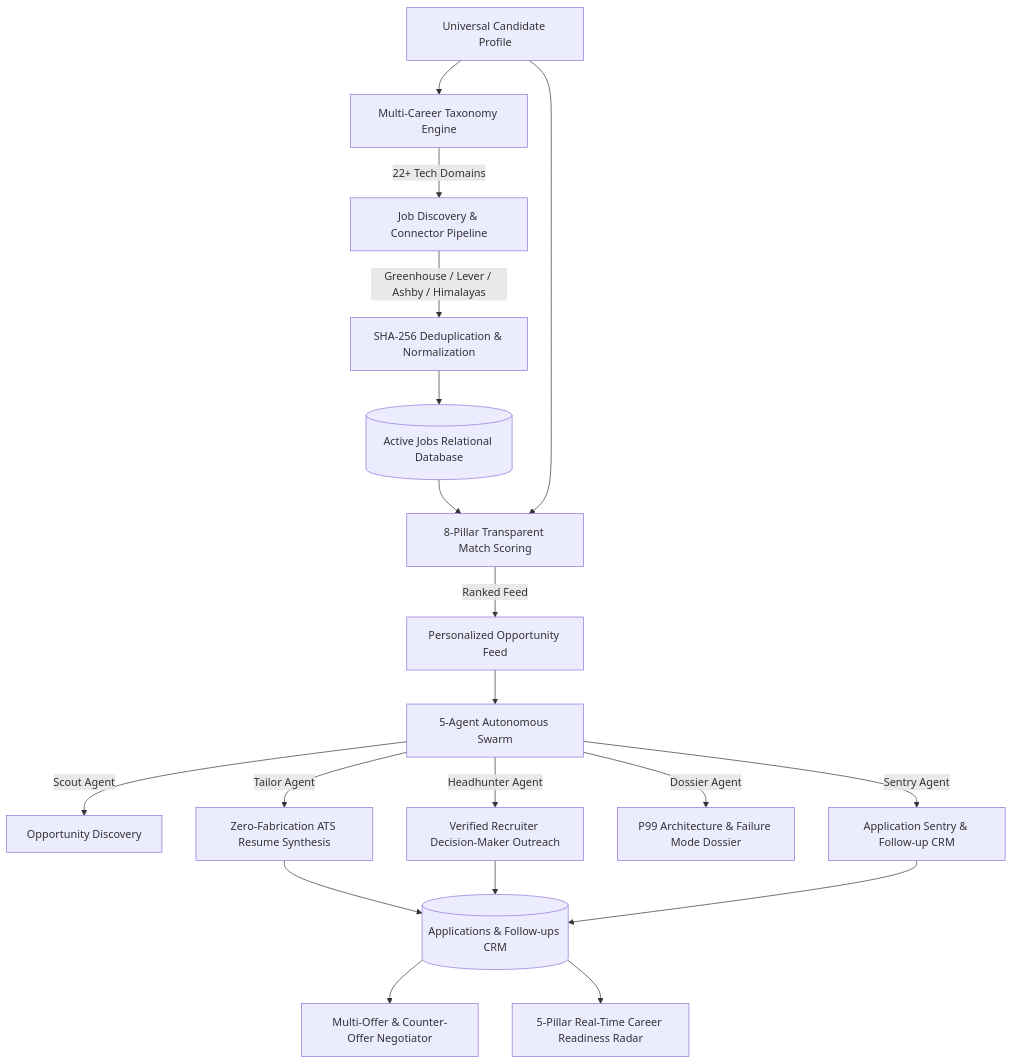
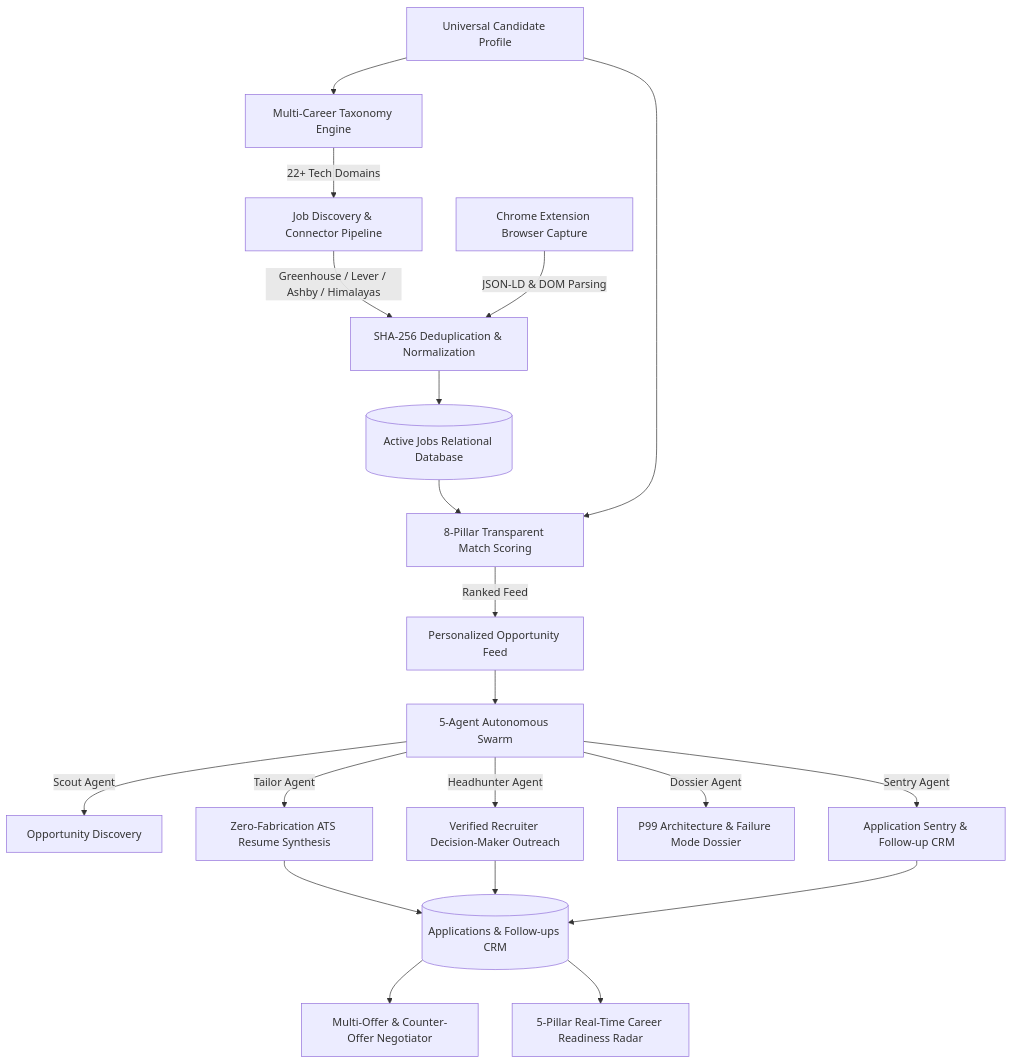
The diagram in README.md (KesavaAI/Agentic-Career-OS), drawn with Mermaid before and after one commit. The commit also changed other lines of this file, not shown here.

Commit message:
docs: Update README.md with Prompt 11 Manifest V3 Chrome Extension architecture and complete system documentation

````diff
--- a/README.md
+++ b/README.md
@@ -47,18 +50,19 @@
 ```mermaid
 graph TD
     A[Universal Candidate Profile] --> B[Multi-Career Taxonomy Engine]
     B -->|22+ Tech Domains| C[Job Discovery & Connector Pipeline]
     C -->|Greenhouse / Lever / Ashby / Himalayas| D[SHA-256 Deduplication & Normalization]
+    CH[Chrome Extension Browser Capture] -->|JSON-LD & DOM Parsing| D
     D --> E[(Active Jobs Relational Database)]
     E & A --> F[8-Pillar Transparent Match Scoring]
     F -->|Ranked Feed| G[Personalized Opportunity Feed]
     G --> H[5-Agent Autonomous Swarm]
     H -->|Scout Agent| I[Opportunity Discovery]
     H -->|Tailor Agent| J[Zero-Fabrication ATS Resume Synthesis]
     H -->|Headhunter Agent| K[Verified Recruiter Decision-Maker Outreach]
     H -->|Dossier Agent| L[P99 Architecture & Failure Mode Dossier]
     H -->|Sentry Agent| M[Application Sentry & Follow-up CRM]
     J & K & M --> N[(Applications & Follow-ups CRM)]
     N --> O[Multi-Offer & Counter-Offer Negotiator]
     N --> P[5-Pillar Real-Time Career Readiness Radar]
 ```
````
